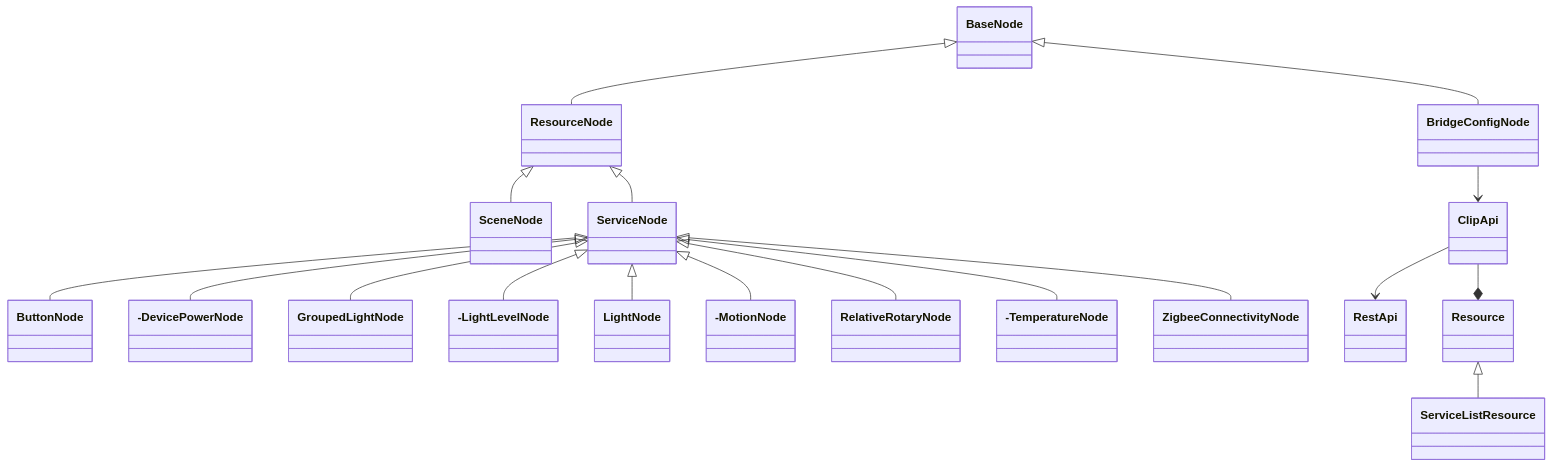
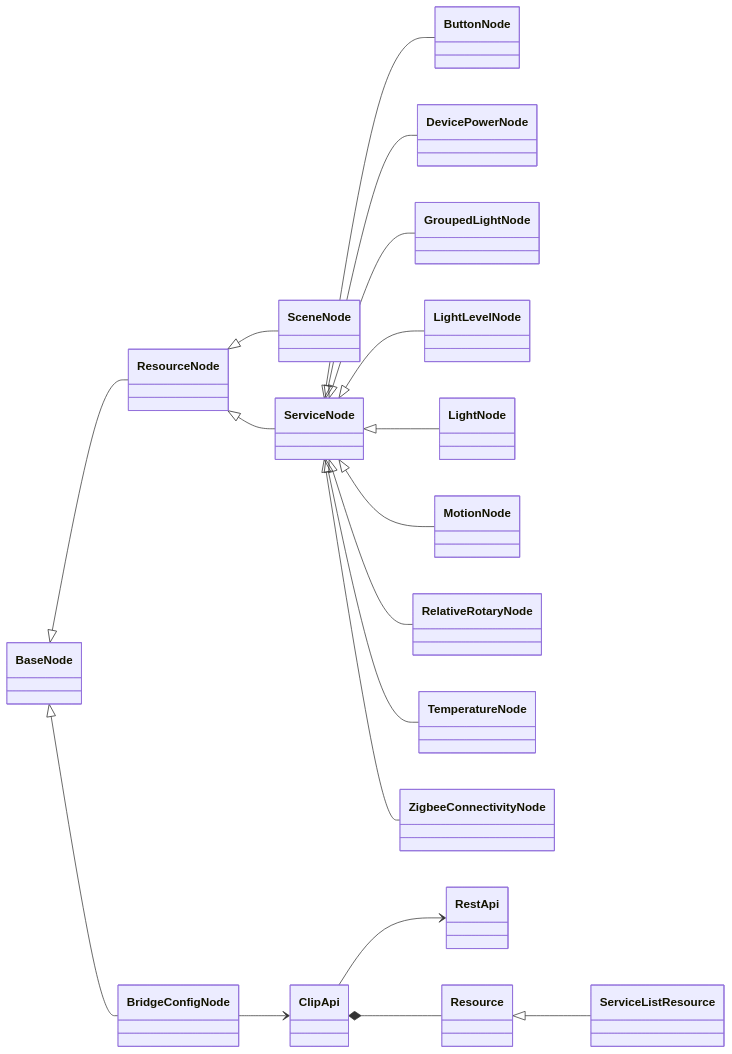
One commit to hurenkam/node-red-hue-services changed the diagram in README.md. Above: the diagram before and after it, drawn with Mermaid. The commit also changed other lines of this file, not shown here.

````diff
--- a/README.md
+++ b/README.md
@@ -67,21 +67,22 @@
 ```mermaid
 classDiagram
+direction LR
 BaseNode <|-- BridgeConfigNode
 BaseNode <|-- ResourceNode
 ResourceNode <|-- SceneNode
 ResourceNode <|-- ServiceNode
 ServiceNode <|-- ButtonNode
-ServiceNode <|--- DevicePowerNode
+ServiceNode <|-- DevicePowerNode
 ServiceNode <|-- GroupedLightNode
-ServiceNode <|--- LightLevelNode
+ServiceNode <|-- LightLevelNode
 ServiceNode <|-- LightNode
-ServiceNode <|--- MotionNode
+ServiceNode <|-- MotionNode
 ServiceNode <|-- RelativeRotaryNode
-ServiceNode <|--- TemperatureNode
+ServiceNode <|-- TemperatureNode
 ServiceNode <|-- ZigbeeConnectivityNode
 
 BridgeConfigNode --> ClipApi
 ClipApi --> RestApi
-ClipApi --* Resource
+ClipApi *-- Resource
 Resource <|-- ServiceListResource
 ```
````
